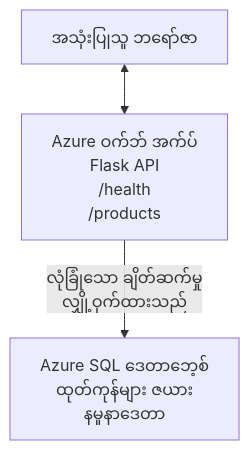
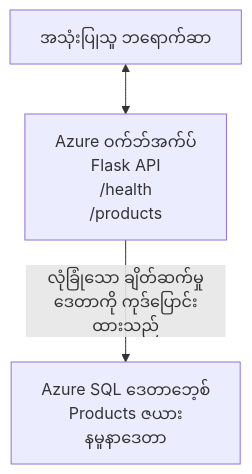
The diagram in translations/my/examples/database-app/README.md (microsoft/AZD-for-beginners), drawn with Mermaid before and after one commit. The commit also changed other lines of this file and 101 other files, not shown here.

````diff
--- a/translations/my/examples/database-app/README.md
+++ b/translations/my/examples/database-app/README.md
@@ -72,5 +72,5 @@
 ```mermaid
 graph TD
-    Browser[အသုံးပြုသူ ဘရော်ဇာ] <--> WebApp[Azure ဝက်ဘ် အက်ပ်<br/>Flask API<br/>/health<br/>/products]
-    WebApp -- လုံခြုံသော ချိတ်ဆက်မှု<br/>လျှို့ဝှက်ထားသည် --> SQL[Azure SQL ဒေတာဘေ့စ်<br/>ထုတ်ကုန်များ ဇယား<br/>နမူနာဒေတာ]
+    Browser[အသုံးပြုသူ ဘရောက်ဆာ] <--> WebApp[Azure ဝက်ဘ်အက်ပ်<br/>Flask API<br/>/health<br/>/products]
+    WebApp -- လုံခြုံသော ချိတ်ဆက်မှု<br/>ဒေတာကို ကုဒ်ပြောင်းထားသည် --> SQL[Azure SQL ဒေတာဘေ့စ်<br/>Products ဇယား<br/>နမူနာဒေတာ]
 ```
````
